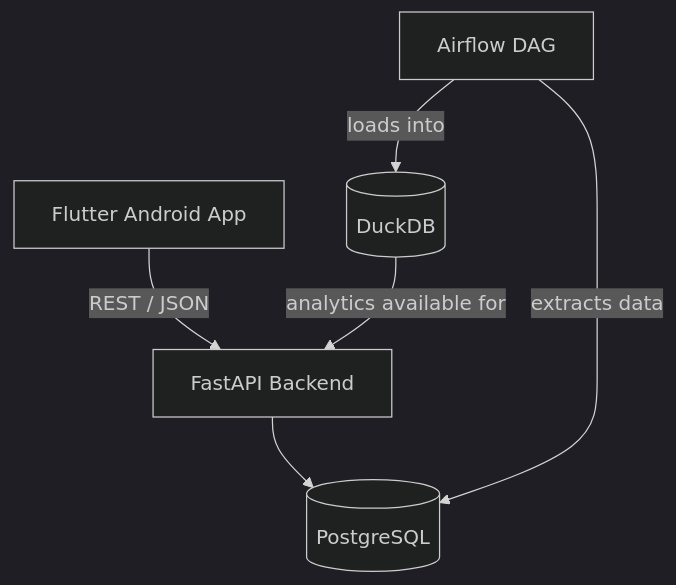
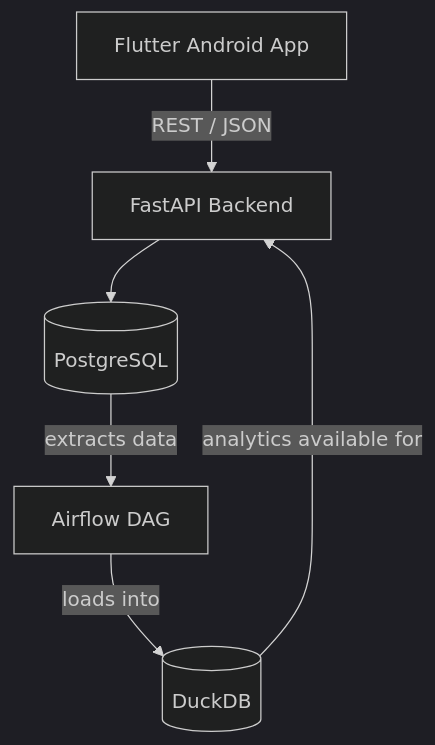
Before and after one commit to Varun-dev10/finance_tracker: the diagram in README.md, drawn with Mermaid (dark theme).

Commit message:
Fix data extraction direction in flowchart

````diff
--- a/README.md
+++ b/README.md
@@ -23,8 +23,8 @@
 ```mermaid
 graph TD
     A[Flutter Android App] -->|REST / JSON| B[FastAPI Backend]
     B --> C[(PostgreSQL)]
-    D[Airflow DAG] -->|extracts data| C
+    C --> |extracts data| D[Airflow DAG] 
     D -->|loads into| E[(DuckDB)]
     E -->|analytics available for| B
 ```
````
